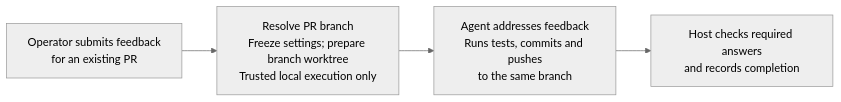
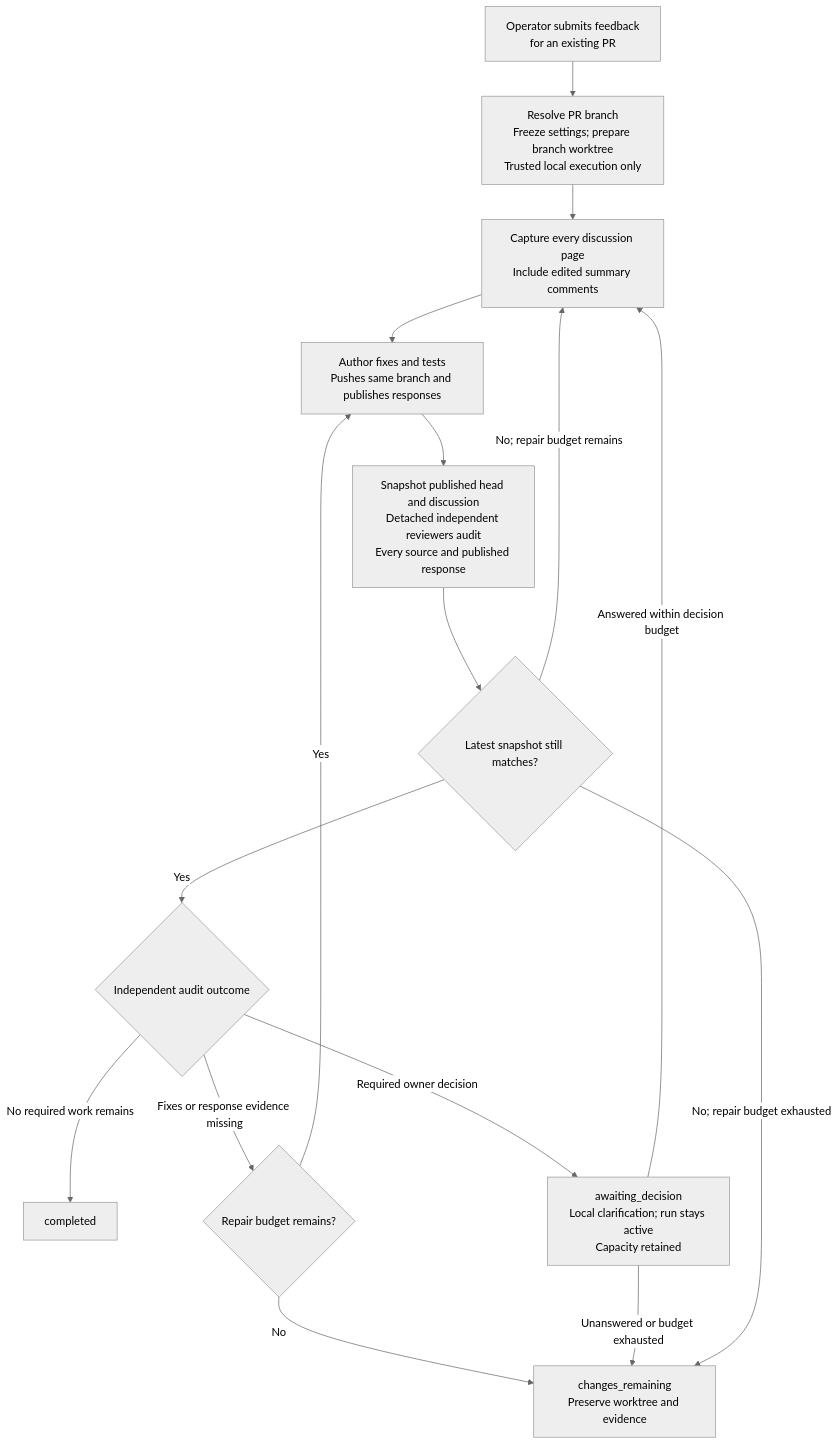
The third of 4 diagrams in docs/helmsman-process.md (nathanloehlein/helmsman-og), drawn with Mermaid (neutral theme) before and after one commit. The commit also changed other lines of this file and 43 other files, not shown here.

Commit message:
Verify PR feedback completion with independent audits and decision handoffs

````diff
--- a/docs/helmsman-process.md
+++ b/docs/helmsman-process.md
@@ -69,6 +69,18 @@
 ```mermaid
-flowchart LR
+flowchart TD
     Feedback[Operator submits feedback<br/>for an existing PR] --> Prepare[Resolve PR branch<br/>Freeze settings; prepare branch worktree<br/>Trusted local execution only]
-    Prepare --> Agent[Agent addresses feedback<br/>Runs tests, commits and pushes<br/>to the same branch]
-    Agent --> Finish[Host checks required answers<br/>and records completion]
+    Prepare --> Capture[Capture every discussion page<br/>Include edited summary comments]
+    Capture --> Agent[Author fixes and tests<br/>Pushes same branch and publishes responses]
+    Agent --> Audit[Snapshot published head and discussion<br/>Detached independent reviewers audit<br/>Every source and published response]
+    Audit --> Fresh{Latest snapshot still matches?}
+    Fresh -->|No; repair budget remains| Capture
+    Fresh -->|Yes| Result{Independent audit outcome}
+    Result -->|No required work remains| Finish[completed]
+    Result -->|Fixes or response evidence missing| Repair{Repair budget remains?}
+    Repair -->|Yes| Agent
+    Repair -->|No| Stop[changes_remaining<br/>Preserve worktree and evidence]
+    Result -->|Required owner decision| Decision[awaiting_decision<br/>Local clarification; run stays active<br/>Capacity retained]
+    Decision -->|Answered within decision budget| Capture
+    Decision -->|Unanswered or budget exhausted| Stop
+    Fresh -->|No; repair budget exhausted| Stop
 ```
````
